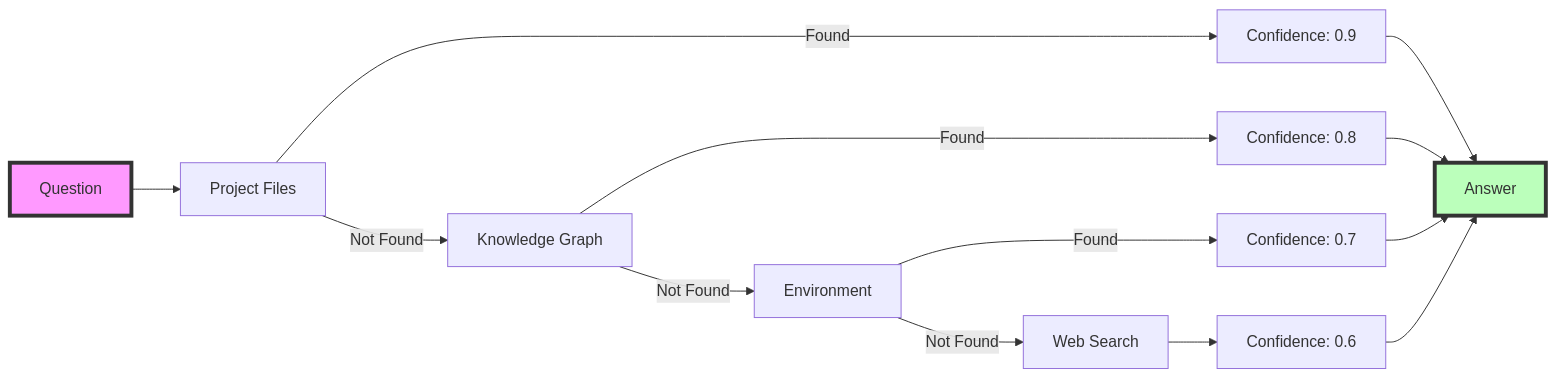
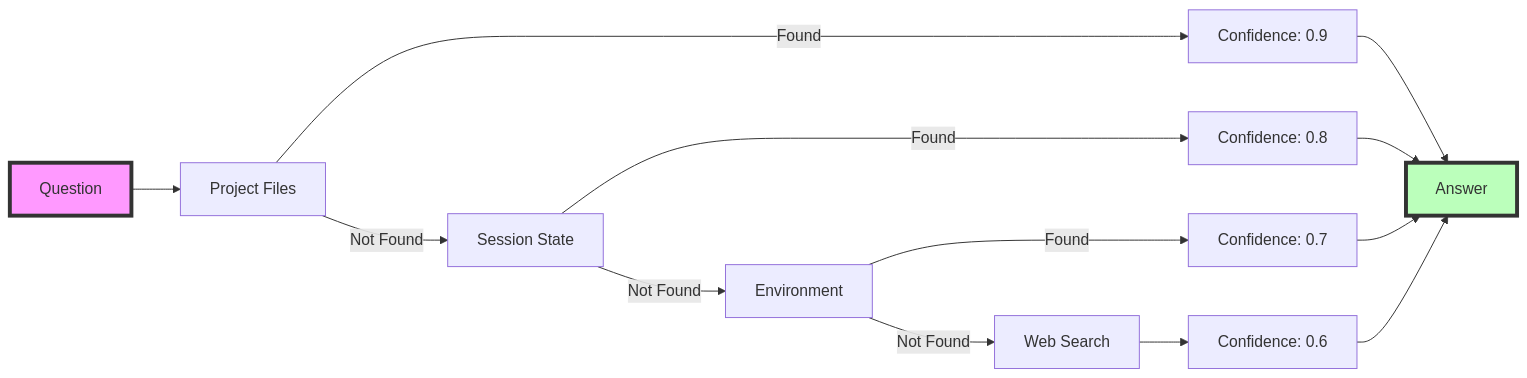
The second of 3 diagrams in docs/explanation/self-learning-architecture.md (tosin2013/mcp-adr-analysis-server), drawn with Mermaid before and after one commit. The commit also changed other lines of this file and 28 other files, not shown here.

First line of the commit message:
docs(naming): rename "Knowledge Graph" to "Session & Tool-Usage Tracker" (#1548) (#1606)

````diff
--- a/docs/explanation/self-learning-architecture.md
+++ b/docs/explanation/self-learning-architecture.md
@@ -132,19 +132,19 @@
 ```mermaid
 graph LR
     Q[Question] --> PF[Project Files]
     PF --> |Found| CONF1[Confidence: 0.9]
-    PF --> |Not Found| KG[Knowledge Graph]
+    PF --> |Not Found| KG[Session State]
     KG --> |Found| CONF2[Confidence: 0.8]
     KG --> |Not Found| ENV[Environment]
     ENV --> |Found| CONF3[Confidence: 0.7]
     ENV --> |Not Found| WEB[Web Search]
     WEB --> CONF4[Confidence: 0.6]
 
     CONF1 --> ANS[Answer]
     CONF2 --> ANS
     CONF3 --> ANS
     CONF4 --> ANS
 
     style Q fill:#f9f,stroke:#333,stroke-width:4px
     style ANS fill:#bfb,stroke:#333,stroke-width:4px
 ```
````
